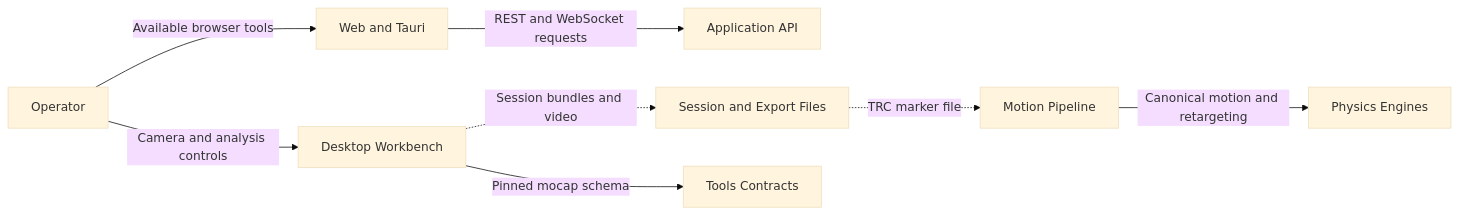
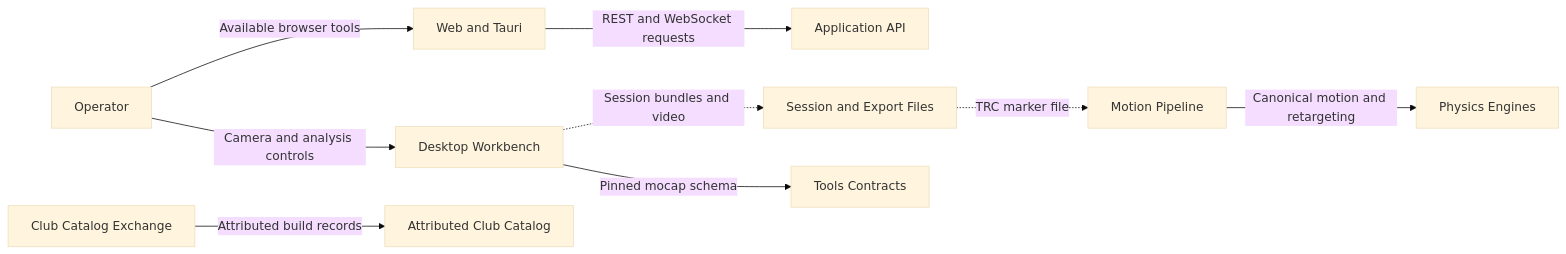
Before and after one commit to D-sorganization/UpstreamDrift: the first of 2 diagrams in docs/architecture/CAPABILITY_ATLAS.md, drawn with Mermaid (base theme). The commit also changed 15 other files, not shown here.

Commit message:
feat(clubs): preserve attributed optional specifications and exchange

````diff
--- a/docs/architecture/CAPABILITY_ATLAS.md
+++ b/docs/architecture/CAPABILITY_ATLAS.md
@@ -13,20 +13,23 @@
 ```mermaid
 flowchart LR
   accTitle: System Context and Containers
   accDescr: Source-backed connections. File arrows require explicit artifact exchange.
   n0["Operator"]
   n1["Desktop Workbench"]
   n2["Web and Tauri"]
   n3["Application API"]
   n4["Motion Pipeline"]
   n5["Physics Engines"]
   n6["Session and Export Files"]
   n7["Tools Contracts"]
+  n8["Attributed Club Catalog"]
+  n9["Club Catalog Exchange"]
   n0 -->|"Camera and analysis controls"| n1
   n0 -->|"Available browser tools"| n2
   n2 -->|"REST and WebSocket requests"| n3
   n1 -.->|"Session bundles and video"| n6
   n6 -.->|"TRC marker file"| n4
   n4 -->|"Canonical motion and retargeting"| n5
   n1 -->|"Pinned mocap schema"| n7
+  n9 -->|"Attributed build records"| n8
 ```
````
